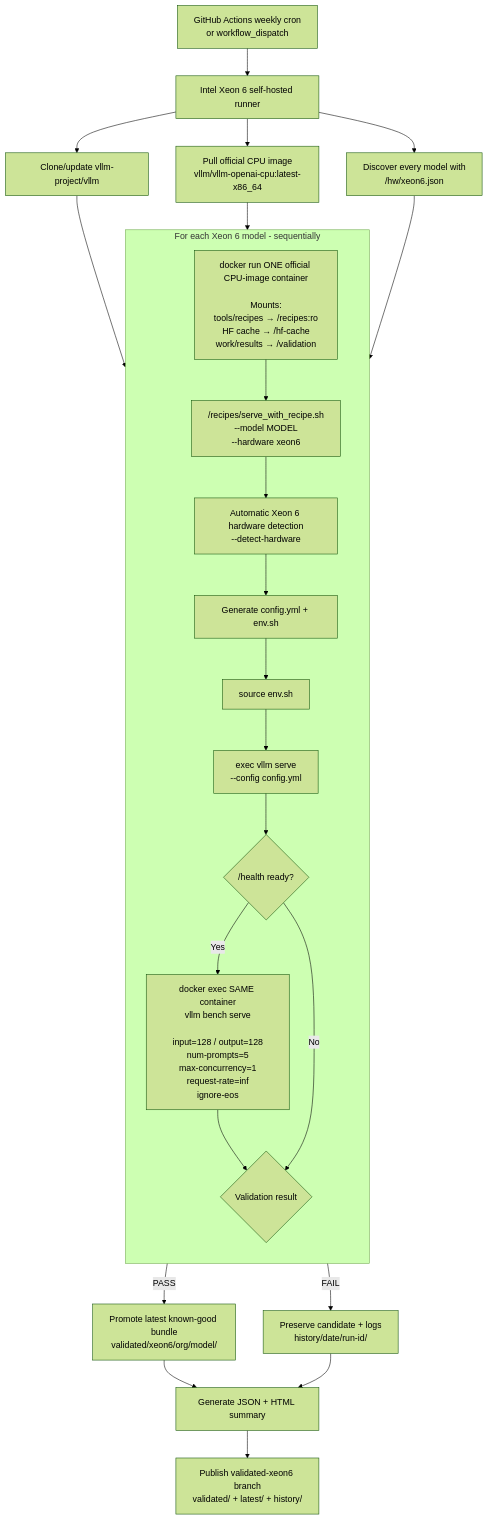
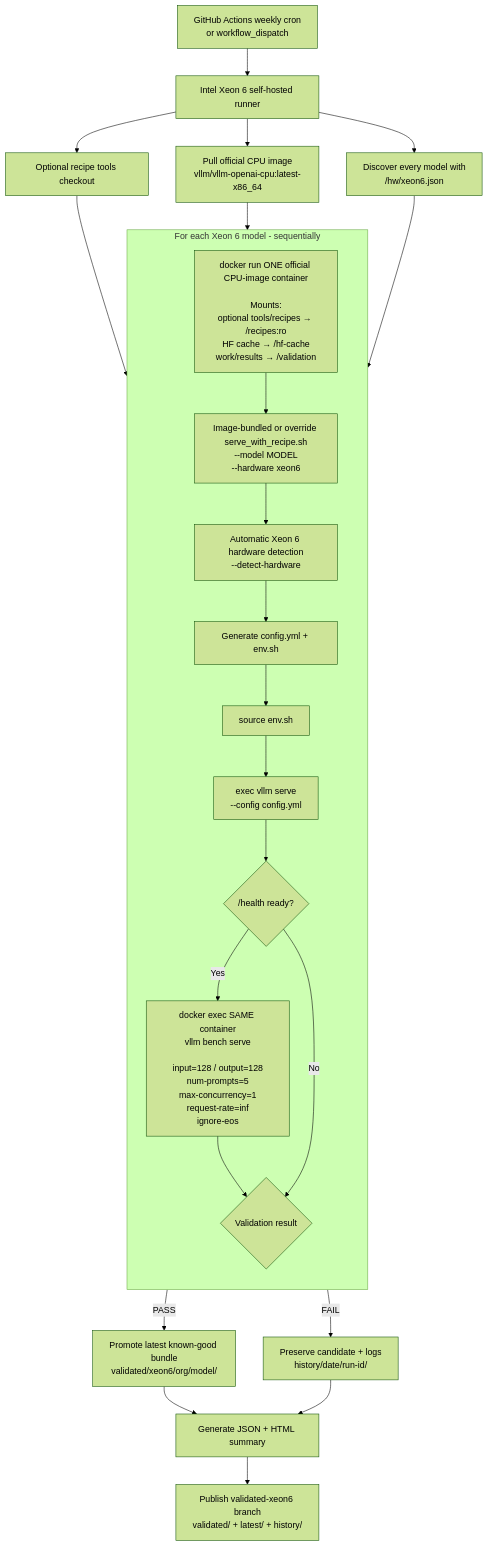
The diagram in README.md (intel-ai-tce/vLLM-Recipes-validation), drawn with Mermaid (forest theme) before and after one commit. The commit also changed other lines of this file and 7 other files, not shown here.

Commit message:
change to use recipe script in the image, and add option to test new recipes tool in github

````diff
--- a/README.md
+++ b/README.md
@@ -41,37 +42,37 @@
 ```mermaid
 flowchart TD
     A["GitHub Actions weekly cron<br/>or workflow_dispatch"] --> B["Intel Xeon 6 self-hosted runner"]
 
-    B --> C["Clone/update vllm-project/vllm"]
+    B --> C["Optional recipe tools checkout"]
     B --> D["Pull official CPU image<br/>vllm/vllm-openai-cpu:latest-x86_64"]
     B --> E["Discover every model with<br/>/hw/xeon6.json"]
 
     C --> F
     D --> F
     E --> F
 
     subgraph F["For each Xeon 6 model - sequentially"]
         direction TB
 
-        F1["docker run ONE official CPU-image container<br/><br/>Mounts:<br/>tools/recipes → /recipes:ro<br/>HF cache → /hf-cache<br/>work/results → /validation"]
-        F2["/recipes/serve_with_recipe.sh<br/>--model MODEL<br/>--hardware xeon6"]
+        F1["docker run ONE official CPU-image container<br/><br/>Mounts:<br/>optional tools/recipes → /recipes:ro<br/>HF cache → /hf-cache<br/>work/results → /validation"]
+        F2["Image-bundled or override serve_with_recipe.sh<br/>--model MODEL<br/>--hardware xeon6"]
         F3["Automatic Xeon 6 hardware detection<br/>--detect-hardware"]
         F4["Generate config.yml + env.sh"]
         F5["source env.sh"]
         F6["exec vllm serve<br/>--config config.yml"]
         F7{"/health ready?"}
         F8["docker exec SAME container<br/>vllm bench serve<br/><br/>input=128 / output=128<br/>num-prompts=5<br/>max-concurrency=1<br/>request-rate=inf<br/>ignore-eos"]
         F9{"Validation result"}
 
         F1 --> F2 --> F3 --> F4 --> F5 --> F6 --> F7
         F7 -- Yes --> F8 --> F9
         F7 -- No --> F9
     end
 
     F9 -- PASS --> G["Promote latest known-good bundle<br/>validated/xeon6/org/model/"]
     F9 -- FAIL --> H["Preserve candidate + logs<br/>history/date/run-id/"]
 
     G --> I["Generate JSON + HTML summary"]
     H --> I
     I --> J["Publish validated-xeon6 branch<br/>validated/ + latest/ + history/"]
 ```
````
